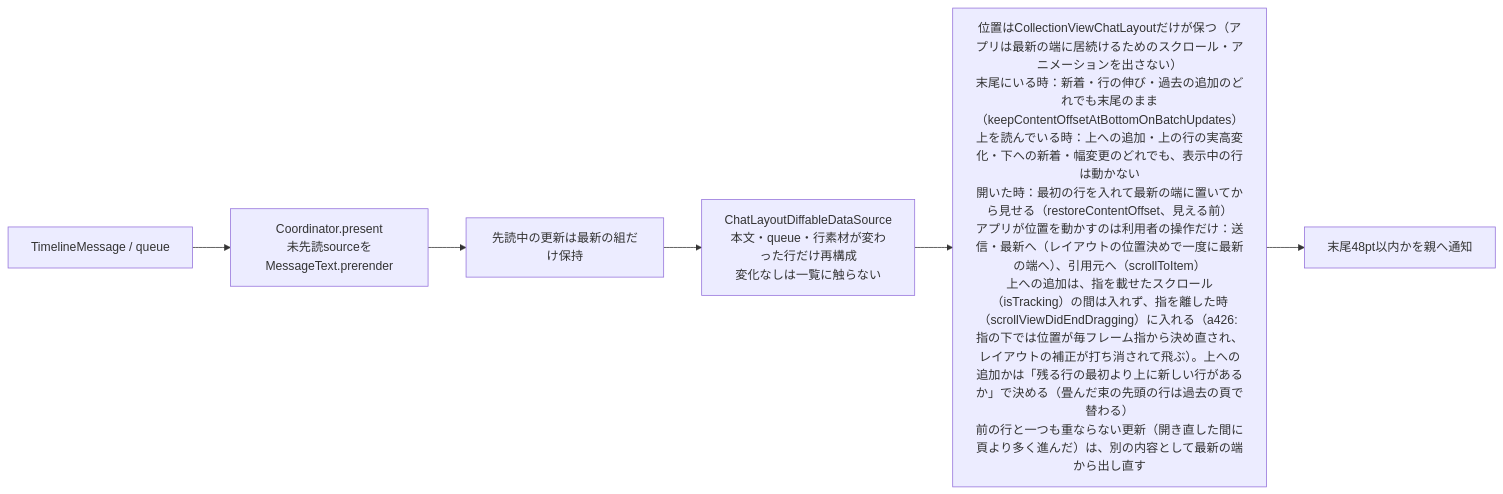
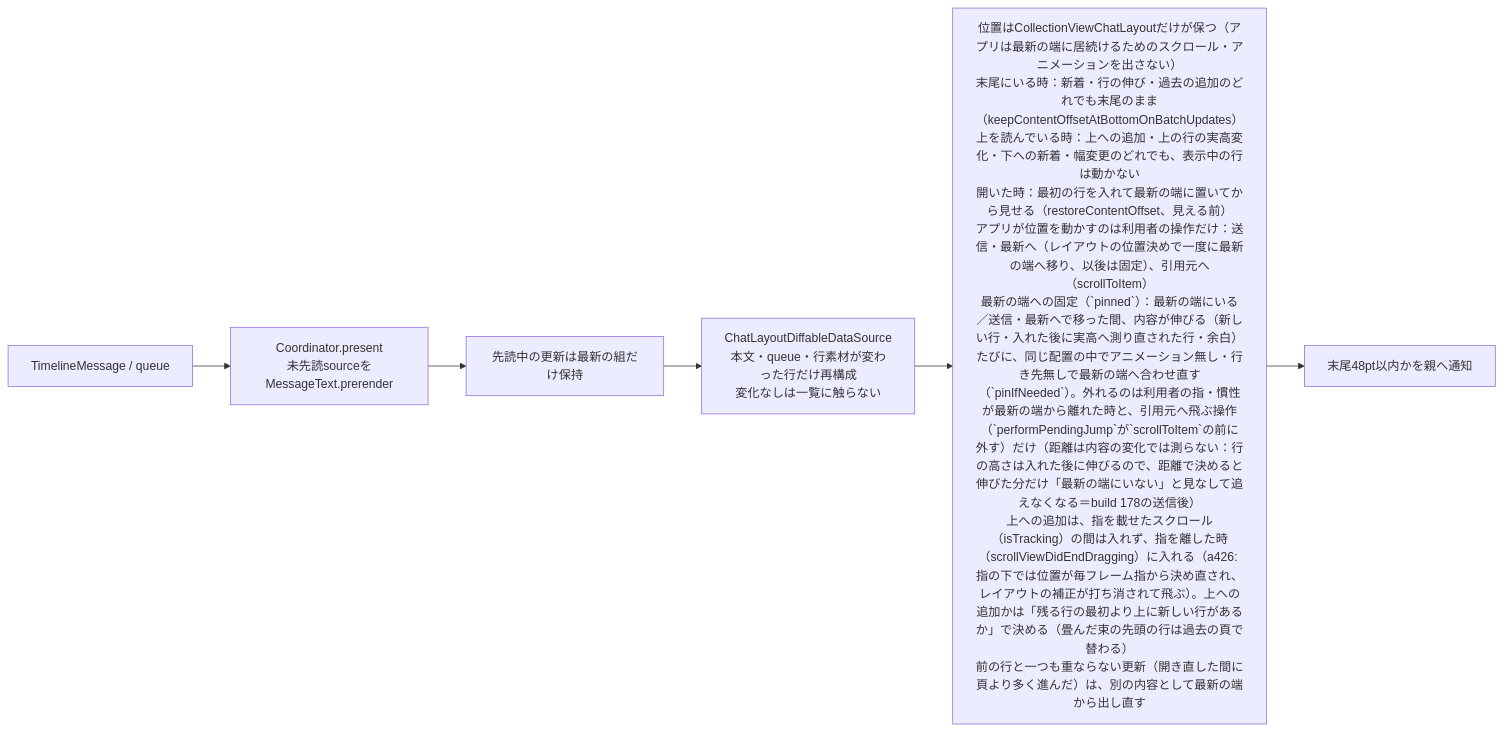
Before and after one commit to kitepon/BellTeam: the second of 9 diagrams in docs/architecture/modules/apple/conversation.md, drawn with Mermaid. The commit also changed other lines of this file and 8 other files, not shown here.

First line of the commit message:
a471-send-follow-apple: the chat keeps following the newest edge after a send; Apple build 179 (#2188)

````diff
--- a/docs/architecture/modules/apple/conversation.md
+++ b/docs/architecture/modules/apple/conversation.md
@@ -56,8 +58,8 @@
 ```mermaid
 flowchart LR
   Model["TimelineMessage / queue"] --> Prepare["Coordinator.present<br/>未先読sourceをMessageText.prerender"]
   Prepare --> Latest["先読中の更新は最新の組だけ保持"]
   Latest --> Apply["ChatLayoutDiffableDataSource<br/>本文・queue・行素材が変わった行だけ再構成<br/>変化なしは一覧に触らない"]
-  Apply --> Position["位置はCollectionViewChatLayoutだけが保つ（アプリは最新の端に居続けるためのスクロール・アニメーションを出さない）<br/>末尾にいる時：新着・行の伸び・過去の追加のどれでも末尾のまま（keepContentOffsetAtBottomOnBatchUpdates）<br/>上を読んでいる時：上への追加・上の行の実高変化・下への新着・幅変更のどれでも、表示中の行は動かない<br/>開いた時：最初の行を入れて最新の端に置いてから見せる（restoreContentOffset、見える前）<br/>アプリが位置を動かすのは利用者の操作だけ：送信・最新へ（レイアウトの位置決めで一度に最新の端へ）、引用元へ（scrollToItem）<br/>上への追加は、指を載せたスクロール（isTracking）の間は入れず、指を離した時（scrollViewDidEndDragging）に入れる（a426: 指の下では位置が毎フレーム指から決め直され、レイアウトの補正が打ち消されて飛ぶ）。上への追加かは「残る行の最初より上に新しい行があるか」で決める（畳んだ束の先頭の行は過去の頁で替わる）<br/>前の行と一つも重ならない更新（開き直した間に頁より多く進んだ）は、別の内容として最新の端から出し直す"]
+  Apply --> Position["位置はCollectionViewChatLayoutだけが保つ（アプリは最新の端に居続けるためのスクロール・アニメーションを出さない）<br/>末尾にいる時：新着・行の伸び・過去の追加のどれでも末尾のまま（keepContentOffsetAtBottomOnBatchUpdates）<br/>上を読んでいる時：上への追加・上の行の実高変化・下への新着・幅変更のどれでも、表示中の行は動かない<br/>開いた時：最初の行を入れて最新の端に置いてから見せる（restoreContentOffset、見える前）<br/>アプリが位置を動かすのは利用者の操作だけ：送信・最新へ（レイアウトの位置決めで一度に最新の端へ移り、以後は固定）、引用元へ（scrollToItem）<br/>最新の端への固定（`pinned`）：最新の端にいる／送信・最新へで移った間、内容が伸びる（新しい行・入れた後に実高へ測り直された行・余白）たびに、同じ配置の中でアニメーション無し・行き先無しで最新の端へ合わせ直す（`pinIfNeeded`）。外れるのは利用者の指・慣性が最新の端から離れた時と、引用元へ飛ぶ操作（`performPendingJump`が`scrollToItem`の前に外す）だけ（距離は内容の変化では測らない：行の高さは入れた後に伸びるので、距離で決めると伸びた分だけ「最新の端にいない」と見なして追えなくなる＝build 178の送信後）<br/>上への追加は、指を載せたスクロール（isTracking）の間は入れず、指を離した時（scrollViewDidEndDragging）に入れる（a426: 指の下では位置が毎フレーム指から決め直され、レイアウトの補正が打ち消されて飛ぶ）。上への追加かは「残る行の最初より上に新しい行があるか」で決める（畳んだ束の先頭の行は過去の頁で替わる）<br/>前の行と一つも重ならない更新（開き直した間に頁より多く進んだ）は、別の内容として最新の端から出し直す"]
   Position --> Callback["末尾48pt以内かを親へ通知"]
 ```
````
